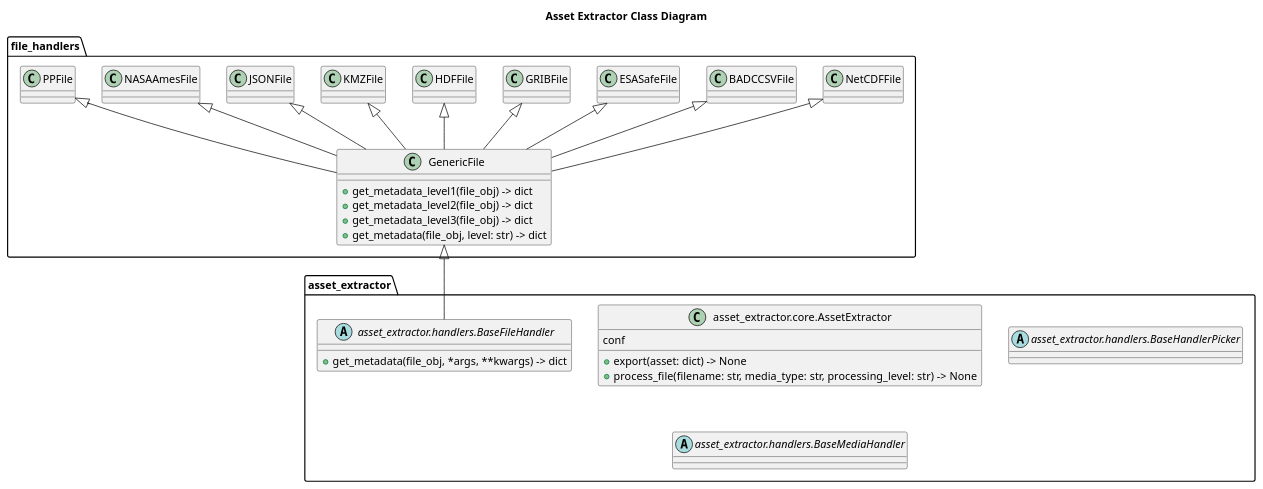
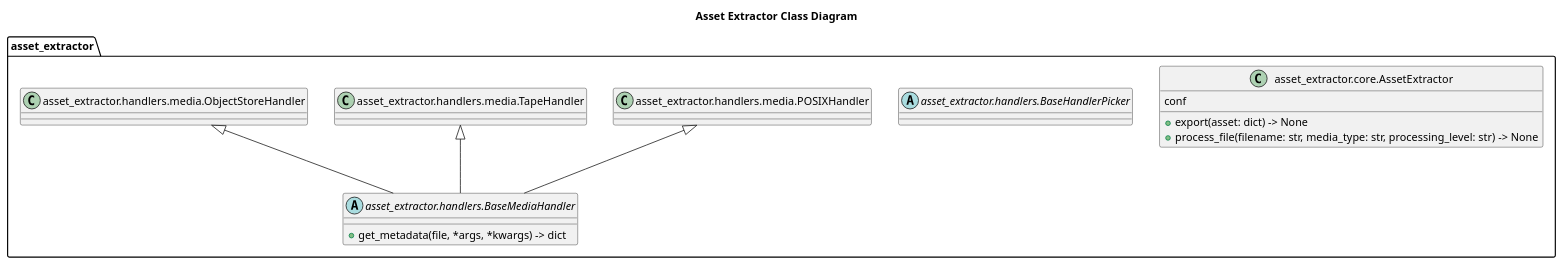
The diagram in uml/asset_extractor/asset_extractor_class_diagram.wsd (cedadev/search-futures), drawn with PlantUML before and after one commit. The commit also changed 1 other file, not shown here.

Commit message:
tweaked class diagram

```diff
--- a/uml/asset_extractor/asset_extractor_class_diagram.wsd
+++ b/uml/asset_extractor/asset_extractor_class_diagram.wsd
@@ -1,57 +1,32 @@
 @startuml
 title Asset Extractor Class Diagram
 
 package "asset_extractor" as pAssetExtractor {
 
     class "asset_extractor.core.AssetExtractor" as cAssetExtractor {
         conf
         +export(asset: dict) -> None
         +process_file(filename: str, media_type: str, processing_level: str) -> None
     }
 
     abstract class "asset_extractor.handlers.BaseHandlerPicker" as cBaseHandlerPicker {
 
     }
 
-    abstract class "asset_extractor.handlers.BaseFileHandler" as cBaseFileHandler {
-    +get_metadata(file_obj, *args, **kwargs) -> dict
+    abstract class "asset_extractor.handlers.BaseMediaHandler" as cBaseMediaHandler {
+        +get_metadata(file, *args, *kwargs) -> dict
     }
 
-    abstract class "asset_extractor.handlers.BaseMediaHandler" as cBaseMediaHandler {
-    }
 
-}
+    class "asset_extractor.handlers.media.POSIXHandler" as cPOSIXHandler {}
+    class "asset_extractor.handlers.media.TapeHandler" as cTapeHandler {}
+    class "asset_extractor.handlers.media.ObjectStoreHandler" as cObjectStoreHandler {}
 
-package "file_handlers" as pFileHandlers {
-    class GenericFile {
-        +get_metadata_level1(file_obj) -> dict
-        +get_metadata_level2(file_obj) -> dict
-        +get_metadata_level3(file_obj) -> dict
-        +get_metadata(file_obj, level: str) -> dict
-    }
-
-    class NetCDFFile
-    class BADCCSVFile
-    class ESASafeFile
-    class GRIBFile
-    class HDFFile
-    class KMZFile
-    class JSONFile
-    class NASAAmesFile
-    class PPFile
-
-    GenericFile <|-- cBaseFileHandler
-    NetCDFFile <|-- GenericFile
-    BADCCSVFile <|-- GenericFile
-    ESASafeFile <|-- GenericFile
-    GRIBFile <|-- GenericFile
-    HDFFile <|-- GenericFile
-    KMZFile <|-- GenericFile
-    JSONFile <|-- GenericFile
-    NASAAmesFile <|-- GenericFile
-    PPFile <|-- GenericFile
+    cPOSIXHandler <|-- cBaseMediaHandler
+    cTapeHandler <|-- cBaseMediaHandler
+    cObjectStoreHandler <|-- cBaseMediaHandler
 }
 
 
 
 @enduml
```
